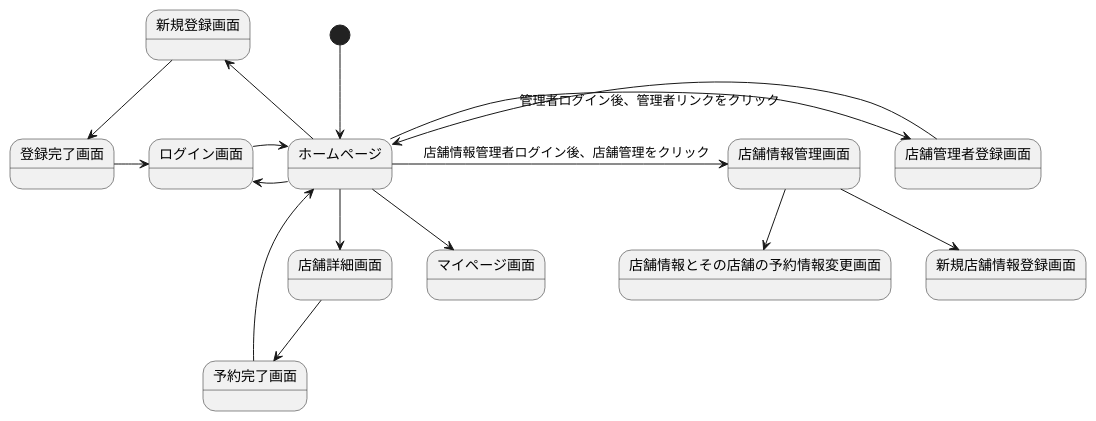
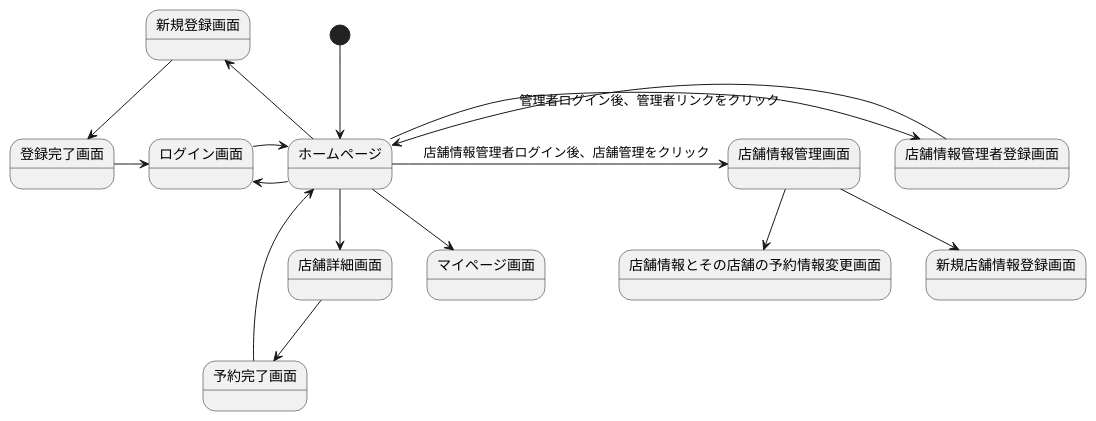
The diagram in README.md (masatosibai/ecsite), drawn with PlantUML before and after one commit. The commit also changed other lines of this file, not shown here.

Commit message:
ドキュメント

````diff
--- a/README.md
+++ b/README.md
@@ -44,22 +44,22 @@
 ```plantuml
 @startuml
 [*] --> ホームページ
 ホームページ-l-> ログイン画面
 ログイン画面-r-> ホームページ
 ホームページ-l-> 新規登録画面
 新規登録画面-d->登録完了画面
 登録完了画面-r->ログイン画面
 ホームページ-d-> 店舗詳細画面
 店舗詳細画面-d->予約完了画面
 予約完了画面-d->ホームページ
-ホームページ-r-> 店舗管理者登録画面:　管理者ログイン後、管理者リンクをクリック
-店舗管理者登録画面-l->ホームページ
+ホームページ-r-> 店舗情報管理者登録画面:　管理者ログイン後、管理者リンクをクリック
+店舗情報管理者登録画面-l->ホームページ
 ホームページ-r-> 店舗情報管理画面:　店舗情報管理者ログイン後、店舗管理をクリック
 店舗情報管理画面-d->新規店舗情報登録画面
 店舗情報管理画面-d->店舗情報とその店舗の予約情報変更画面
 ホームページ-d-> マイページ画面
 
 
 
 @enduml
 ```
````
